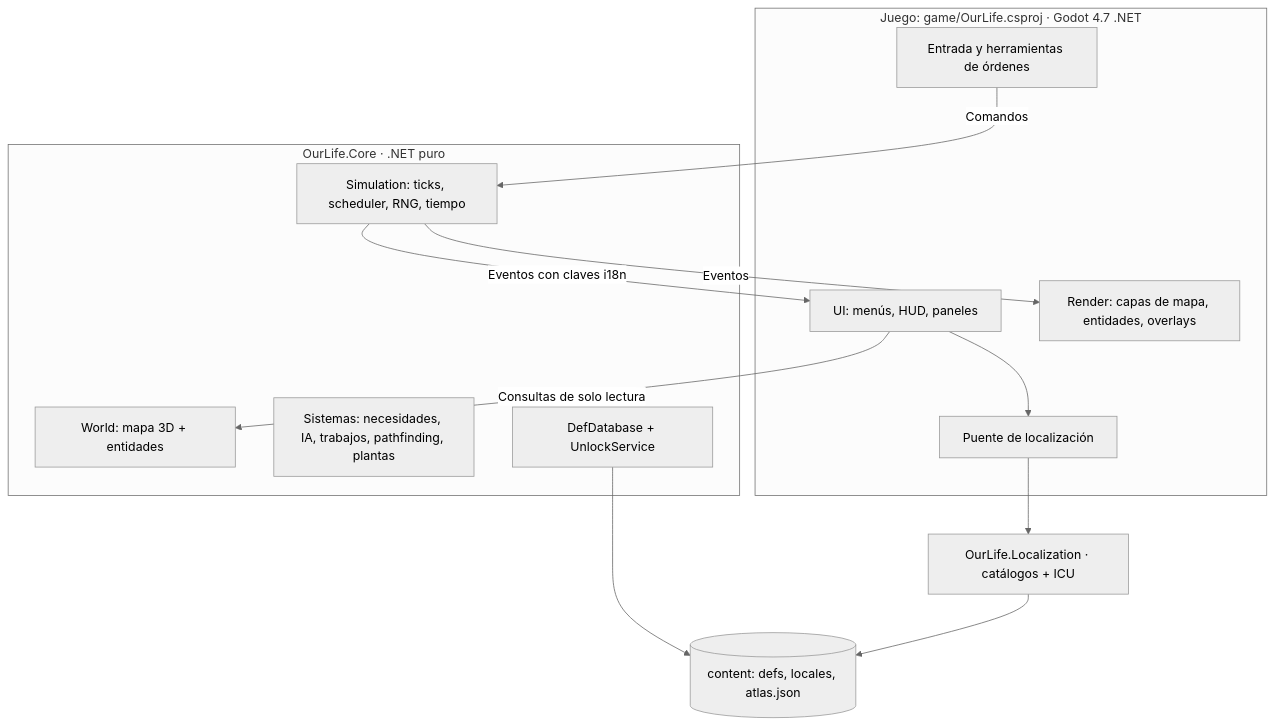
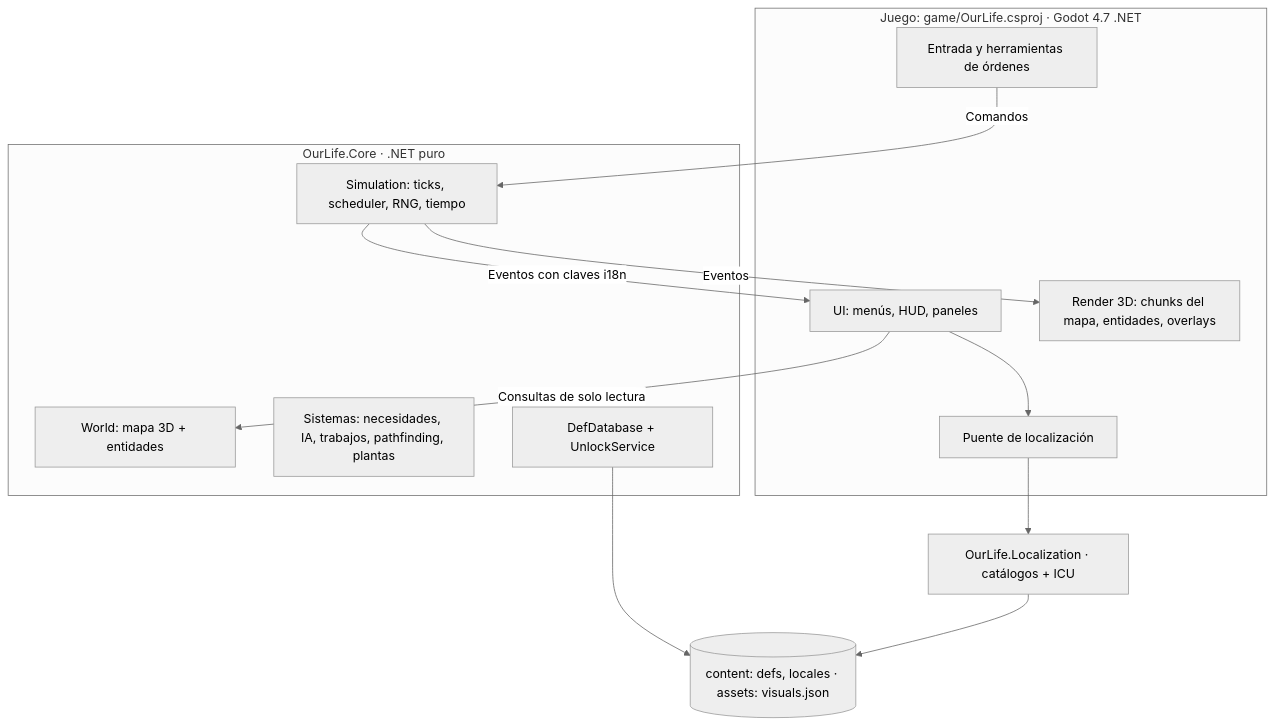
One commit to gtaulamet/OurLife changed the diagram in docs/architecture/overview.md. Above: the diagram before and after it, drawn with Mermaid (neutral theme). The commit also changed other lines of this file and 13 other files, not shown here.

````diff
--- a/docs/architecture/overview.md
+++ b/docs/architecture/overview.md
@@ -7,25 +7,25 @@
 ```mermaid
 flowchart TB
   subgraph GAME["Juego: game/OurLife.csproj · Godot 4.7 .NET"]
     IN["Entrada y herramientas de órdenes"]
     UI["UI: menús, HUD, paneles"]
-    REN["Render: capas de mapa, entidades, overlays"]
+    REN["Render 3D: chunks del mapa, entidades, overlays"]
     LB["Puente de localización"]
   end
   subgraph CORE["OurLife.Core · .NET puro"]
     SIM["Simulation: ticks, scheduler, RNG, tiempo"]
     WLD["World: mapa 3D + entidades"]
     SYS["Sistemas: necesidades, IA, trabajos, pathfinding, plantas"]
     DEF["DefDatabase + UnlockService"]
   end
   LOC["OurLife.Localization · catálogos + ICU"]
-  DATA[("content: defs, locales, atlas.json")]
+  DATA[("content: defs, locales · assets: visuals.json")]
   IN -->|Comandos| SIM
   SIM -->|Eventos| REN
   SIM -->|Eventos con claves i18n| UI
   UI -->|Consultas de solo lectura| WLD
   UI --> LB
   LB --> LOC
   DEF --> DATA
   LOC --> DATA
 ```
````
